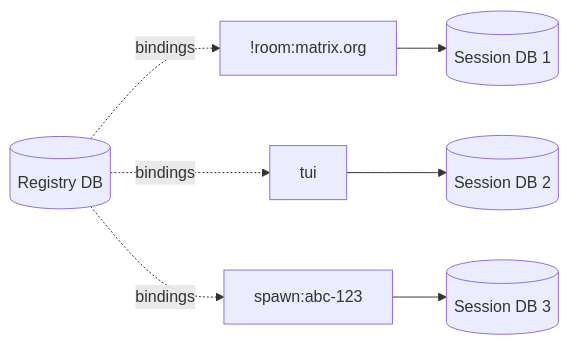
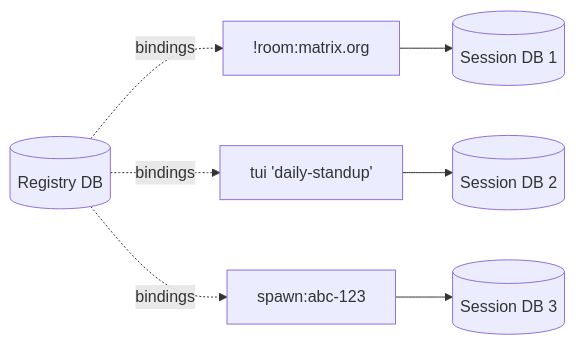
Before and after one commit to arcuru/chaz: the second of 2 diagrams in docs/src/architecture/sessions.md, drawn with Mermaid. The commit also changed other lines of this file and 11 other files, not shown here.

````diff
--- a/docs/src/architecture/sessions.md
+++ b/docs/src/architecture/sessions.md
@@ -56,9 +56,9 @@
 ```mermaid
 graph LR
     TID1["!room:matrix.org"] --> DB1[(Session DB 1)]
-    TID2["tui"] --> DB2[(Session DB 2)]
+    TID2["tui 'daily-standup'"] --> DB2[(Session DB 2)]
     TID3["spawn:abc-123"] --> DB3[(Session DB 3)]
     REG[(Registry DB)] -.->|bindings| TID1
     REG -.->|bindings| TID2
     REG -.->|bindings| TID3
 ```
````
